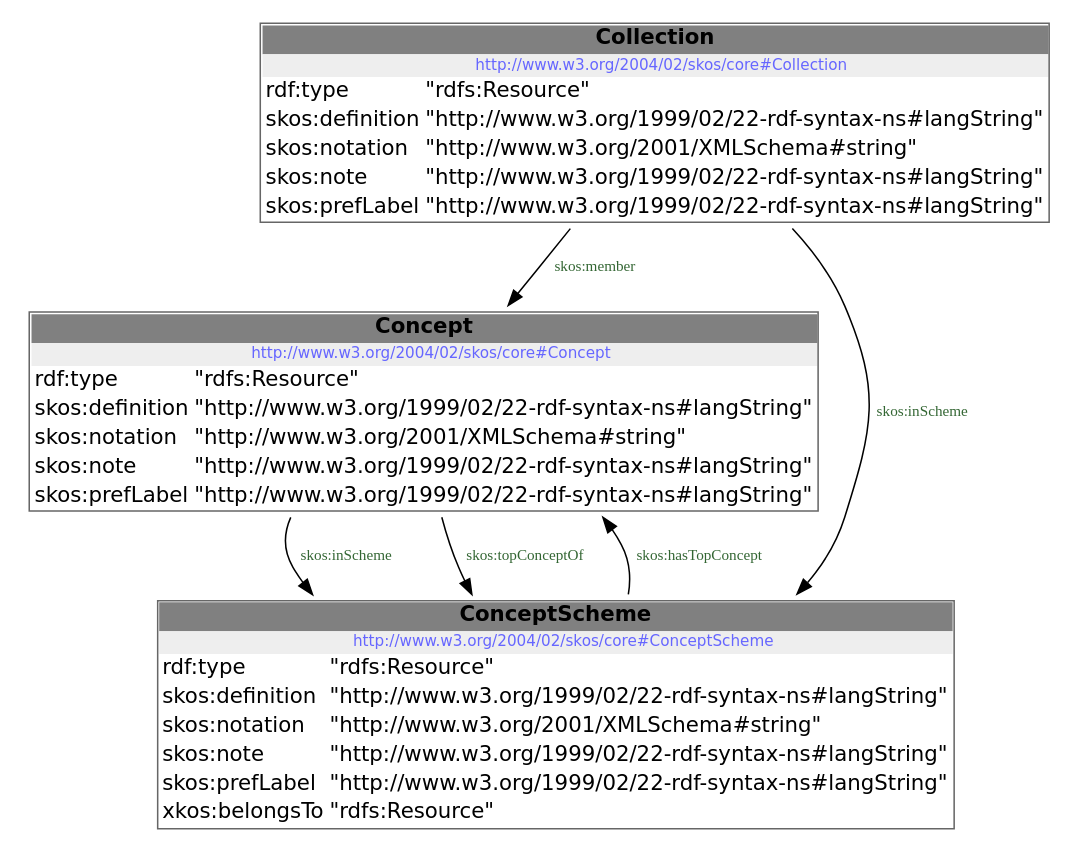
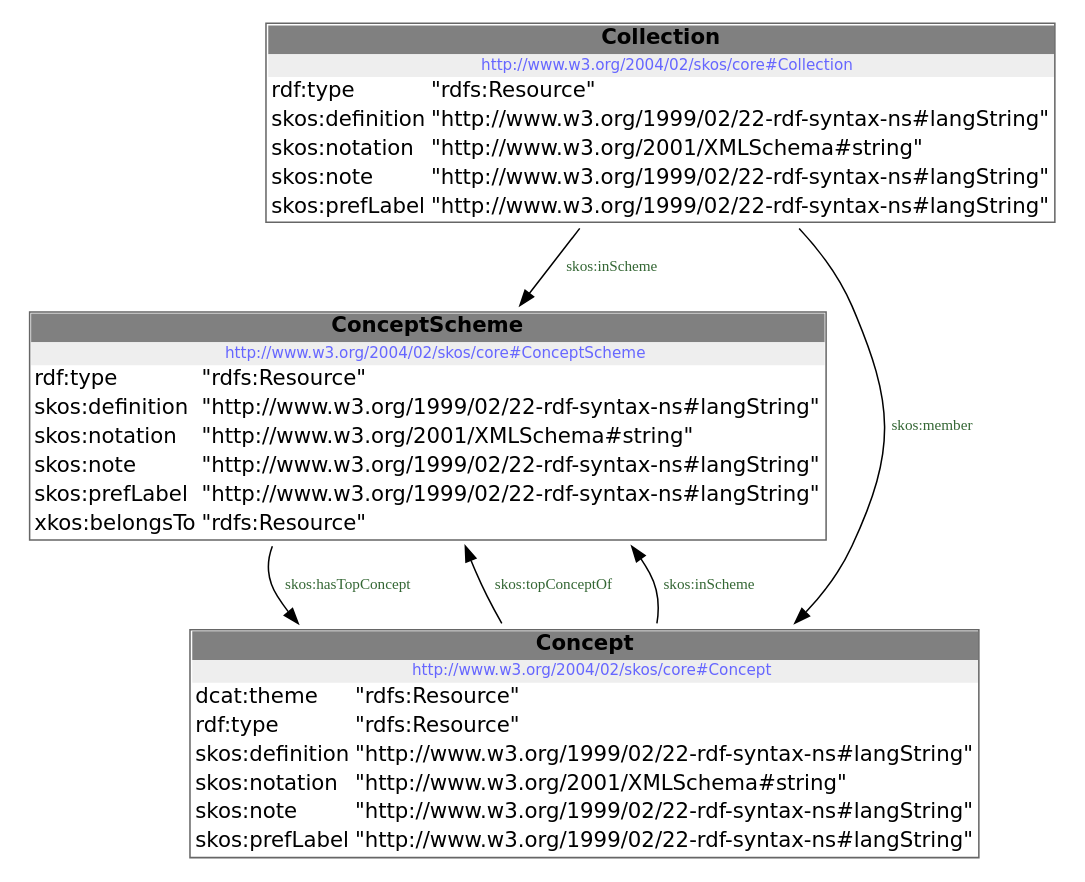
Before and after one commit to milieuinfo/codelijst-emissie: the diagram in src/documentation/model.dot, drawn with Graphviz. The commit also changed 2 other files, not shown here.

```diff
--- a/src/documentation/model.dot
+++ b/src/documentation/model.dot
@@ -1,14 +1,14 @@
 digraph { 
  node [ fontname="DejaVu Sans" ] ; 
+	node0 -> node2 [ color=BLACK, label=< <font point-size='10' color='#336633'>skos:inScheme</font> > ] ;
+	node2 -> node1 [ color=BLACK, label=< <font point-size='10' color='#336633'>skos:hasTopConcept</font> > ] ;
 	node0 -> node1 [ color=BLACK, label=< <font point-size='10' color='#336633'>skos:member</font> > ] ;
+	node1 -> node2 [ color=BLACK, label=< <font point-size='10' color='#336633'>skos:topConceptOf</font> > ] ;
 	node1 -> node2 [ color=BLACK, label=< <font point-size='10' color='#336633'>skos:inScheme</font> > ] ;
-	node0 -> node2 [ color=BLACK, label=< <font point-size='10' color='#336633'>skos:inScheme</font> > ] ;
-	node1 -> node2 [ color=BLACK, label=< <font point-size='10' color='#336633'>skos:topConceptOf</font> > ] ;
-	node2 -> node1 [ color=BLACK, label=< <font point-size='10' color='#336633'>skos:hasTopConcept</font> > ] ;
 # http://www.w3.org/2004/02/skos/core#Collection node0
 node0 [ shape=none, color=black label=< <table color='#666666' cellborder='0' cellspacing='0' border='1'><tr><td colspan='2' bgcolor='grey'><B>Collection</B></td></tr><tr><td href='http://www.w3.org/2004/02/skos/core#Collection' bgcolor='#eeeeee' colspan='2'><font point-size='10' color='#6666ff'>http://www.w3.org/2004/02/skos/core#Collection</font></td></tr><tr><td align='left'>rdf:type</td><td align='left'>&quot;rdfs:Resource&quot;</td></tr><tr><td align='left'>skos:definition</td><td align='left'>&quot;http://www.w3.org/1999/02/22-rdf-syntax-ns#langString&quot;</td></tr><tr><td align='left'>skos:notation</td><td align='left'>&quot;http://www.w3.org/2001/XMLSchema#string&quot;</td></tr><tr><td align='left'>skos:note</td><td align='left'>&quot;http://www.w3.org/1999/02/22-rdf-syntax-ns#langString&quot;</td></tr><tr><td align='left'>skos:prefLabel</td><td align='left'>&quot;http://www.w3.org/1999/02/22-rdf-syntax-ns#langString&quot;</td></tr></table> > ] 
 # http://www.w3.org/2004/02/skos/core#Concept node1
-node1 [ shape=none, color=black label=< <table color='#666666' cellborder='0' cellspacing='0' border='1'><tr><td colspan='2' bgcolor='grey'><B>Concept</B></td></tr><tr><td href='http://www.w3.org/2004/02/skos/core#Concept' bgcolor='#eeeeee' colspan='2'><font point-size='10' color='#6666ff'>http://www.w3.org/2004/02/skos/core#Concept</font></td></tr><tr><td align='left'>rdf:type</td><td align='left'>&quot;rdfs:Resource&quot;</td></tr><tr><td align='left'>skos:definition</td><td align='left'>&quot;http://www.w3.org/1999/02/22-rdf-syntax-ns#langString&quot;</td></tr><tr><td align='left'>skos:notation</td><td align='left'>&quot;http://www.w3.org/2001/XMLSchema#string&quot;</td></tr><tr><td align='left'>skos:note</td><td align='left'>&quot;http://www.w3.org/1999/02/22-rdf-syntax-ns#langString&quot;</td></tr><tr><td align='left'>skos:prefLabel</td><td align='left'>&quot;http://www.w3.org/1999/02/22-rdf-syntax-ns#langString&quot;</td></tr></table> > ] 
+node1 [ shape=none, color=black label=< <table color='#666666' cellborder='0' cellspacing='0' border='1'><tr><td colspan='2' bgcolor='grey'><B>Concept</B></td></tr><tr><td href='http://www.w3.org/2004/02/skos/core#Concept' bgcolor='#eeeeee' colspan='2'><font point-size='10' color='#6666ff'>http://www.w3.org/2004/02/skos/core#Concept</font></td></tr><tr><td align='left'>dcat:theme</td><td align='left'>&quot;rdfs:Resource&quot;</td></tr><tr><td align='left'>rdf:type</td><td align='left'>&quot;rdfs:Resource&quot;</td></tr><tr><td align='left'>skos:definition</td><td align='left'>&quot;http://www.w3.org/1999/02/22-rdf-syntax-ns#langString&quot;</td></tr><tr><td align='left'>skos:notation</td><td align='left'>&quot;http://www.w3.org/2001/XMLSchema#string&quot;</td></tr><tr><td align='left'>skos:note</td><td align='left'>&quot;http://www.w3.org/1999/02/22-rdf-syntax-ns#langString&quot;</td></tr><tr><td align='left'>skos:prefLabel</td><td align='left'>&quot;http://www.w3.org/1999/02/22-rdf-syntax-ns#langString&quot;</td></tr></table> > ] 
 # http://www.w3.org/2004/02/skos/core#ConceptScheme node2
 node2 [ shape=none, color=black label=< <table color='#666666' cellborder='0' cellspacing='0' border='1'><tr><td colspan='2' bgcolor='grey'><B>ConceptScheme</B></td></tr><tr><td href='http://www.w3.org/2004/02/skos/core#ConceptScheme' bgcolor='#eeeeee' colspan='2'><font point-size='10' color='#6666ff'>http://www.w3.org/2004/02/skos/core#ConceptScheme</font></td></tr><tr><td align='left'>rdf:type</td><td align='left'>&quot;rdfs:Resource&quot;</td></tr><tr><td align='left'>skos:definition</td><td align='left'>&quot;http://www.w3.org/1999/02/22-rdf-syntax-ns#langString&quot;</td></tr><tr><td align='left'>skos:notation</td><td align='left'>&quot;http://www.w3.org/2001/XMLSchema#string&quot;</td></tr><tr><td align='left'>skos:note</td><td align='left'>&quot;http://www.w3.org/1999/02/22-rdf-syntax-ns#langString&quot;</td></tr><tr><td align='left'>skos:prefLabel</td><td align='left'>&quot;http://www.w3.org/1999/02/22-rdf-syntax-ns#langString&quot;</td></tr><tr><td align='left'>xkos:belongsTo</td><td align='left'>&quot;rdfs:Resource&quot;</td></tr></table> > ] 
 }
```
